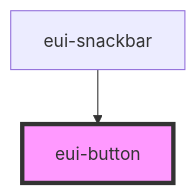
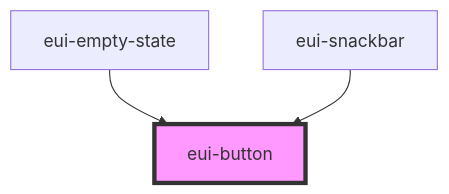
One commit to pnd-amirhosein/U_and_I changed the diagram in ensemble-ui/src/components/button/readme.md. Above: the diagram before and after it, drawn with Mermaid. The commit also changed other lines of this file and 14 other files, not shown here.

````diff
--- a/ensemble-ui/src/components/button/readme.md
+++ b/ensemble-ui/src/components/button/readme.md
@@ -32,5 +33,6 @@
 ```mermaid
 graph TD;
+  eui-empty-state --> eui-button
   eui-snackbar --> eui-button
   style eui-button fill:#f9f,stroke:#333,stroke-width:4px
 ```
````
